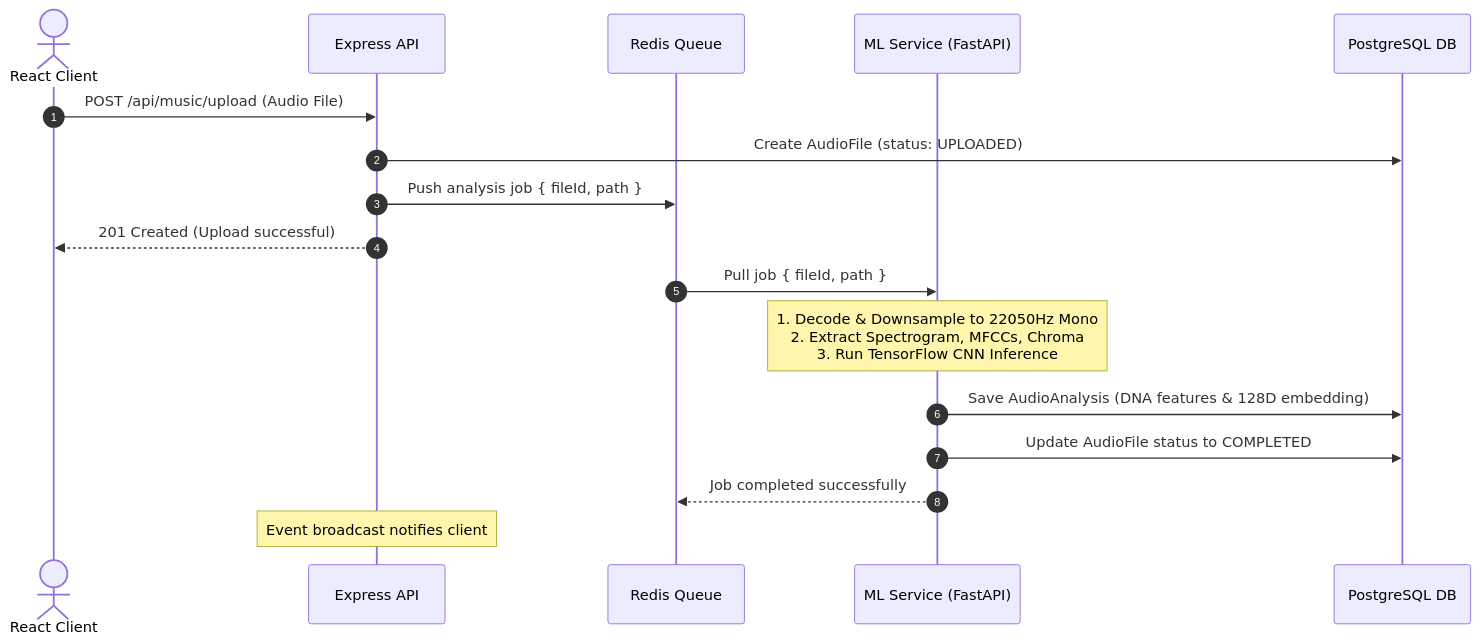
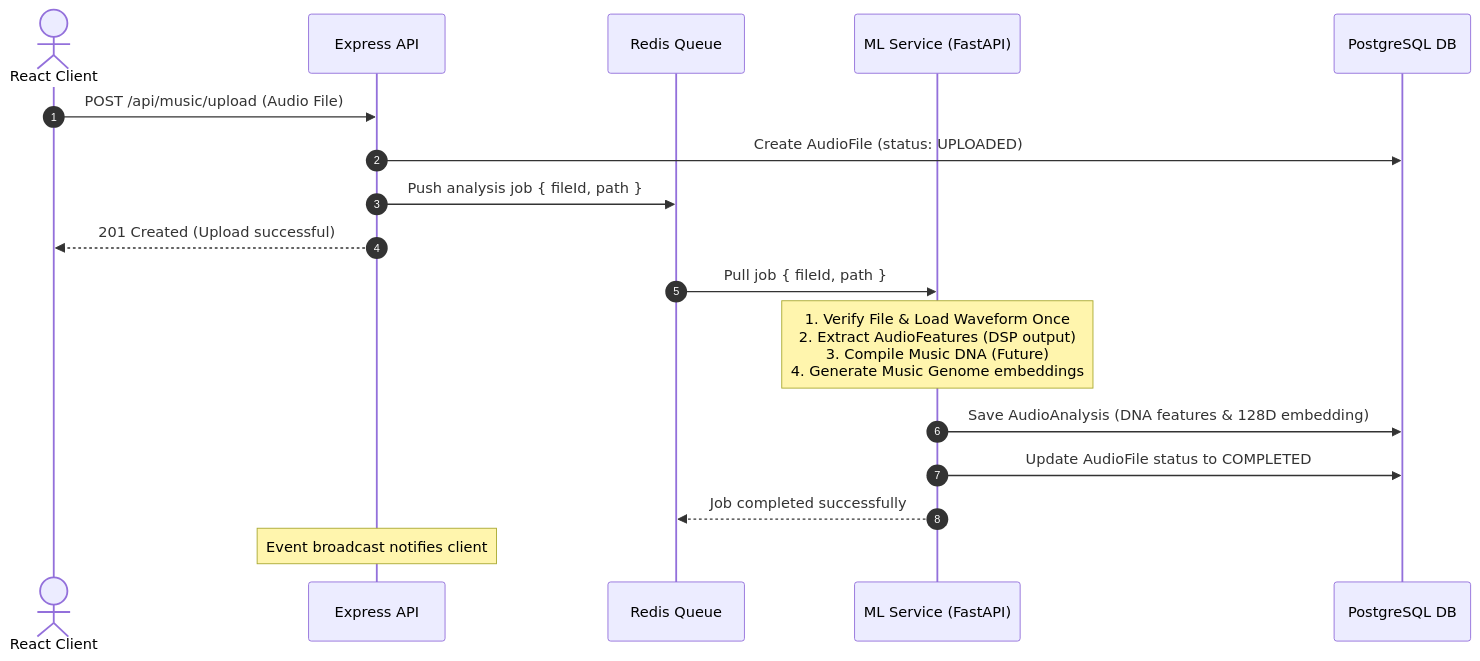
Before and after one commit to ggarvitbansal/MusicSense: the fourth of 5 diagrams in docs/architecture.md, drawn with Mermaid. The commit also changed other lines of this file and 25 other files, not shown here.

Commit message:
feat(ui): implement Music DNA analysis dashboard

````diff
--- a/docs/architecture.md
+++ b/docs/architecture.md
@@ -219,21 +219,21 @@
 ```mermaid
 sequenceDiagram
     autonumber
     actor Client as React Client
     participant API as Express API
     participant Queue as Redis Queue
     participant ML as ML Service (FastAPI)
     participant DB as PostgreSQL DB
 
     Client->>API: POST /api/music/upload (Audio File)
     API->>DB: Create AudioFile (status: UPLOADED)
     API->>Queue: Push analysis job { fileId, path }
     API-->>Client: 201 Created (Upload successful)
     
     Queue->>ML: Pull job { fileId, path }
-    Note over ML: 1. Decode & Downsample to 22050Hz Mono<br/>2. Extract Spectrogram, MFCCs, Chroma<br/>3. Run TensorFlow CNN Inference
+    Note over ML: 1. Verify File & Load Waveform Once<br/>2. Extract AudioFeatures (DSP output)<br/>3. Compile Music DNA (Future)<br/>4. Generate Music Genome embeddings
     ML->>DB: Save AudioAnalysis (DNA features & 128D embedding)
     ML->>DB: Update AudioFile status to COMPLETED
     ML-->>Queue: Job completed successfully
     Note over API: Event broadcast notifies client
 ```
````
